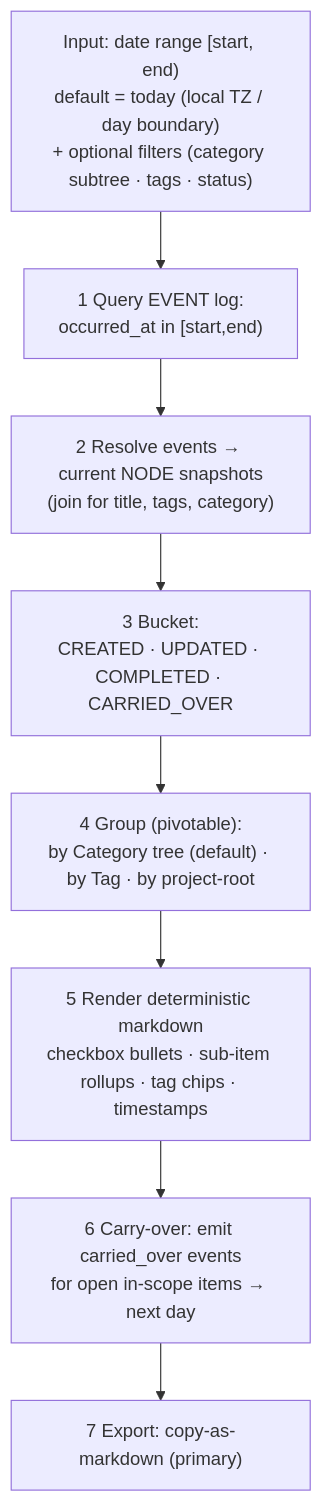
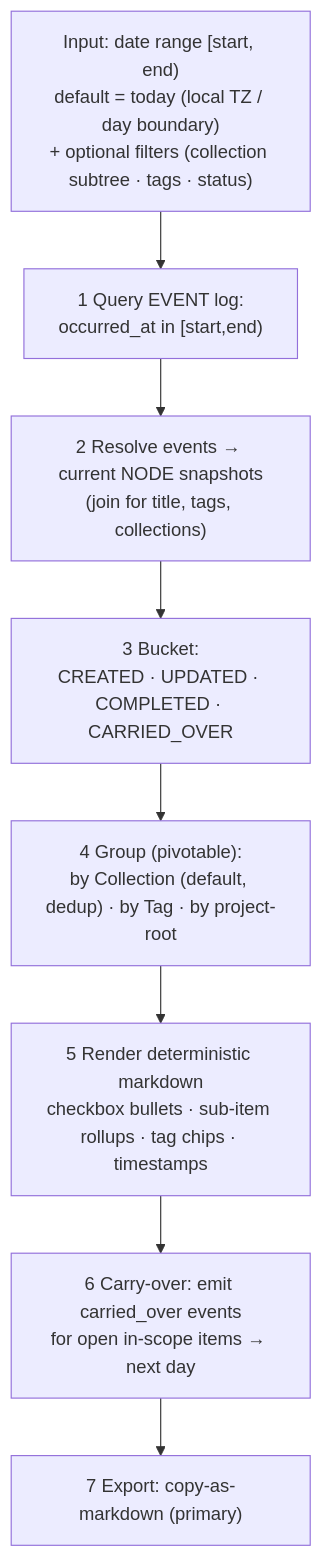
One commit to erancihan/erancihan changed the fourth of 4 diagrams in projects/todo-app/docs/03-data-model.md. Above: the diagram before and after it, drawn with Mermaid. The commit also changed other lines of this file and 5 other files, not shown here.

````diff
--- a/projects/todo-app/docs/03-data-model.md
+++ b/projects/todo-app/docs/03-data-model.md
@@ -394,12 +443,12 @@
 ```mermaid
 flowchart TD
-    IN["Input: date range [start, end)<br/>default = today (local TZ / day boundary)<br/>+ optional filters (category subtree · tags · status)"]
+    IN["Input: date range [start, end)<br/>default = today (local TZ / day boundary)<br/>+ optional filters (collection subtree · tags · status)"]
     Q["1 Query EVENT log:<br/>occurred_at in [start,end)"]
-    R["2 Resolve events → current NODE snapshots<br/>(join for title, tags, category)"]
+    R["2 Resolve events → current NODE snapshots<br/>(join for title, tags, collections)"]
     B["3 Bucket:<br/>CREATED · UPDATED · COMPLETED · CARRIED_OVER"]
-    G["4 Group (pivotable):<br/>by Category tree (default) · by Tag · by project-root"]
+    G["4 Group (pivotable):<br/>by Collection (default, dedup) · by Tag · by project-root"]
     M["5 Render deterministic markdown<br/>checkbox bullets · sub-item rollups · tag chips · timestamps"]
     CO["6 Carry-over: emit carried_over events<br/>for open in-scope items → next day"]
     EX["7 Export: copy-as-markdown (primary)"]
     IN --> Q --> R --> B --> G --> M --> CO --> EX
 ```
````
